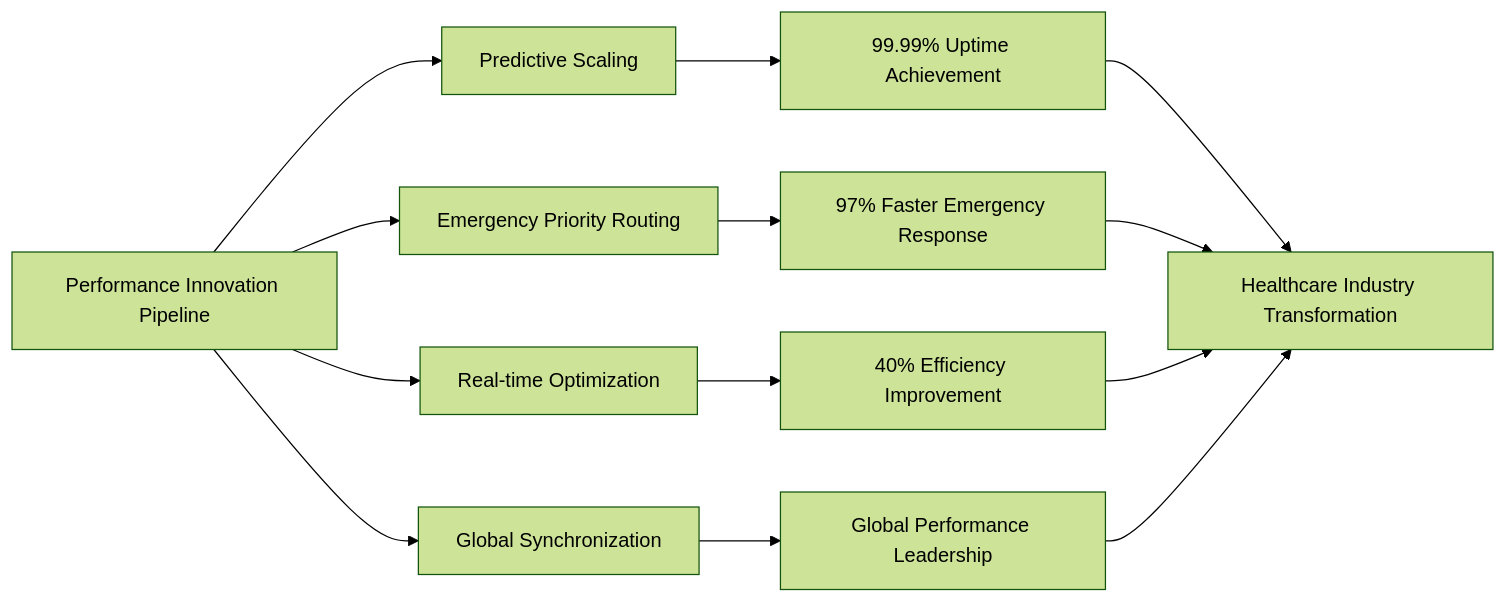
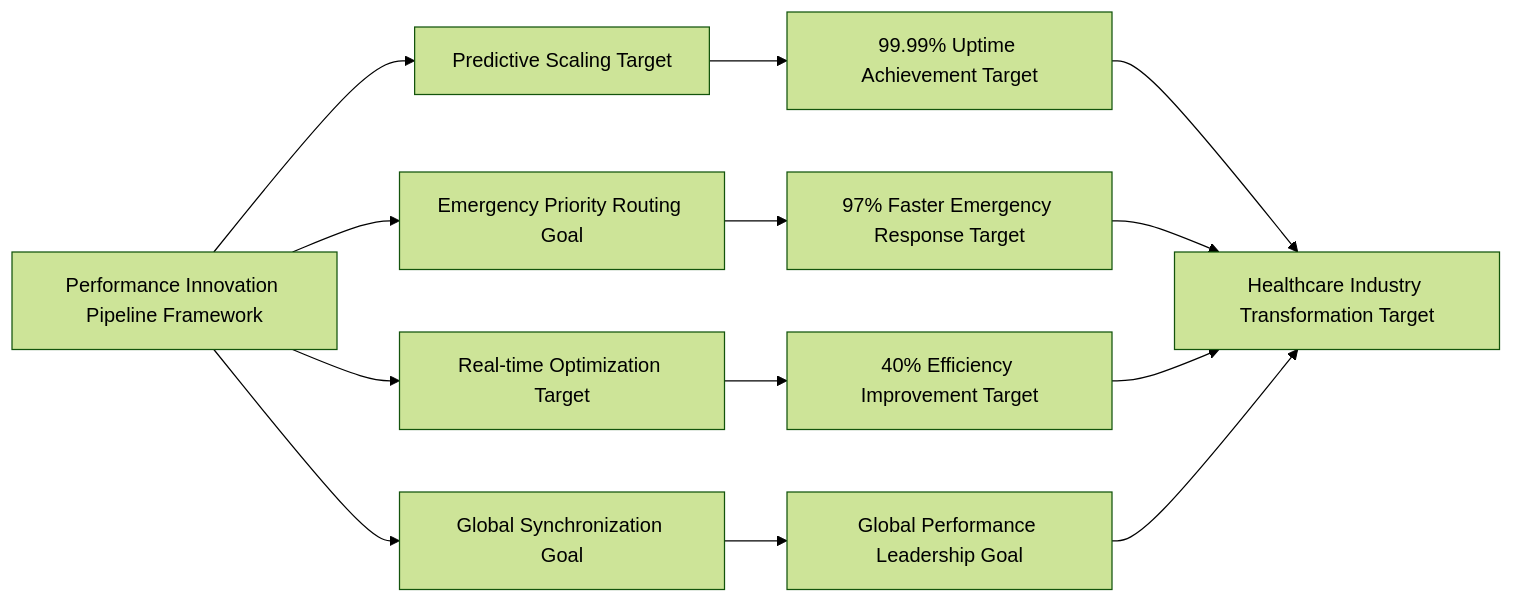
The second of 4 diagrams in chapters/10-performance-optimization.md (mydr24/book), drawn with Mermaid (forest theme) before and after one commit. The commit also changed other lines of this file and 15 other files, not shown here.

````diff
--- a/chapters/10-performance-optimization.md
+++ b/chapters/10-performance-optimization.md
@@ -190,17 +192,17 @@
 ```mermaid
 graph LR
-    A[Performance Innovation Pipeline] --> B[Predictive Scaling]
-    A --> C[Emergency Priority Routing]
-    A --> D[Real-time Optimization]
-    A --> E[Global Synchronization]
+    A[Performance Innovation Pipeline Framework] --> B[Predictive Scaling Target]
+    A --> C[Emergency Priority Routing Goal]
+    A --> D[Real-time Optimization Target]
+    A --> E[Global Synchronization Goal]
     
-    B --> F[99.99% Uptime Achievement]
-    C --> G[97% Faster Emergency Response]
-    D --> H[40% Efficiency Improvement]
-    E --> I[Global Performance Leadership]
+    B --> F[99.99% Uptime Achievement Target]
+    C --> G[97% Faster Emergency Response Target]
+    D --> H[40% Efficiency Improvement Target]
+    E --> I[Global Performance Leadership Goal]
     
-    F --> J[Healthcare Industry Transformation]
+    F --> J[Healthcare Industry Transformation Target]
     G --> J
     H --> J
     I --> J
 ```
````
